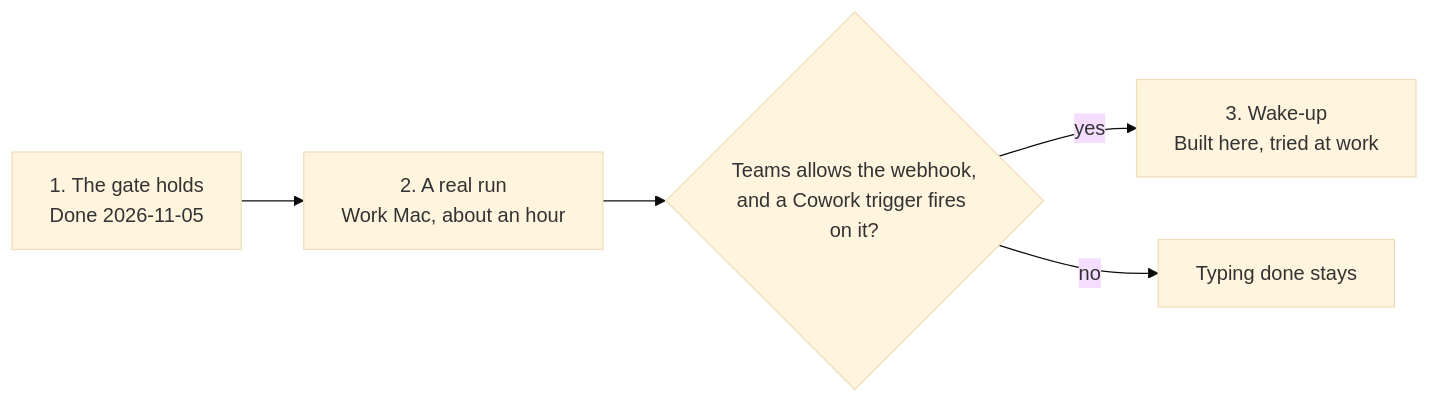
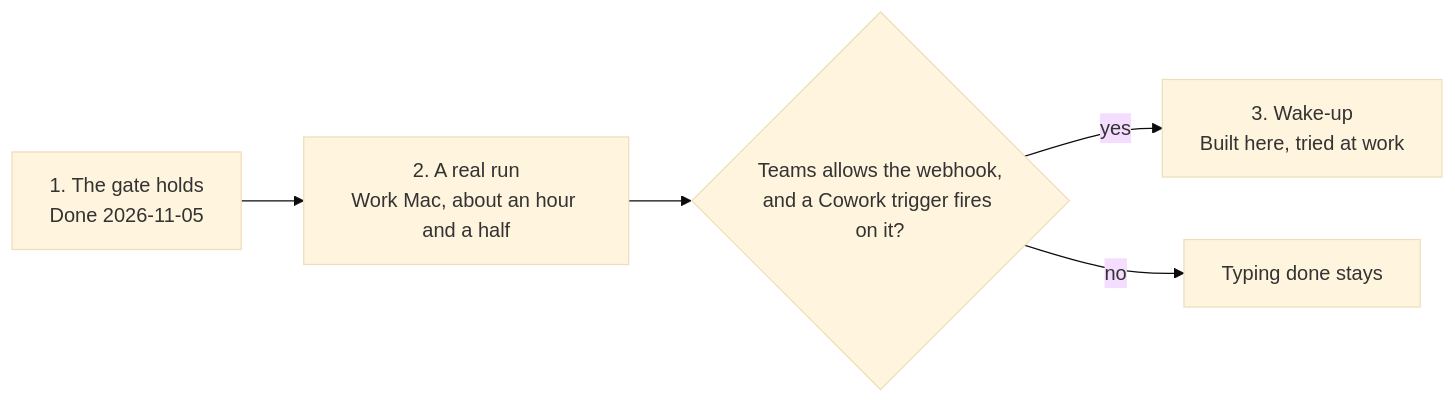
Before and after one commit to broxgit/llm-relay: the diagram in design-and-decisions/roadmap.md, drawn with Mermaid (base theme). The commit also changed other lines of this file and 2 other files, not shown here.

Commit message:
Add the leverage tests to the work-Mac session
One sitting on the work Mac can also answer the three unknowns in
leverage.md: whether a second skill loads in Cowork, whether a module
with real dependencies builds in its sandbox, and what it can reach for
Jira and Confluence. Parts A and D gain the skill copy and its
questions, and parts F and G are new. The session is now about an hour
and a half, and F and G can be skipped.

````diff
--- a/design-and-decisions/roadmap.md
+++ b/design-and-decisions/roadmap.md
@@ -7,7 +7,7 @@
 ```mermaid
 flowchart LR
-    P1["1. The gate holds<br/>Done 2026-11-05"] --> P2["2. A real run<br/>Work Mac, about an hour"]
+    P1["1. The gate holds<br/>Done 2026-11-05"] --> P2["2. A real run<br/>Work Mac, about an hour and a half"]
     P2 --> G{"Teams allows the webhook,<br/>and a Cowork trigger fires on it?"}
     G -- yes --> P3["3. Wake-up<br/>Built here, tried at work"]
     G -- no --> S["Typing done stays"]
 ```
````
